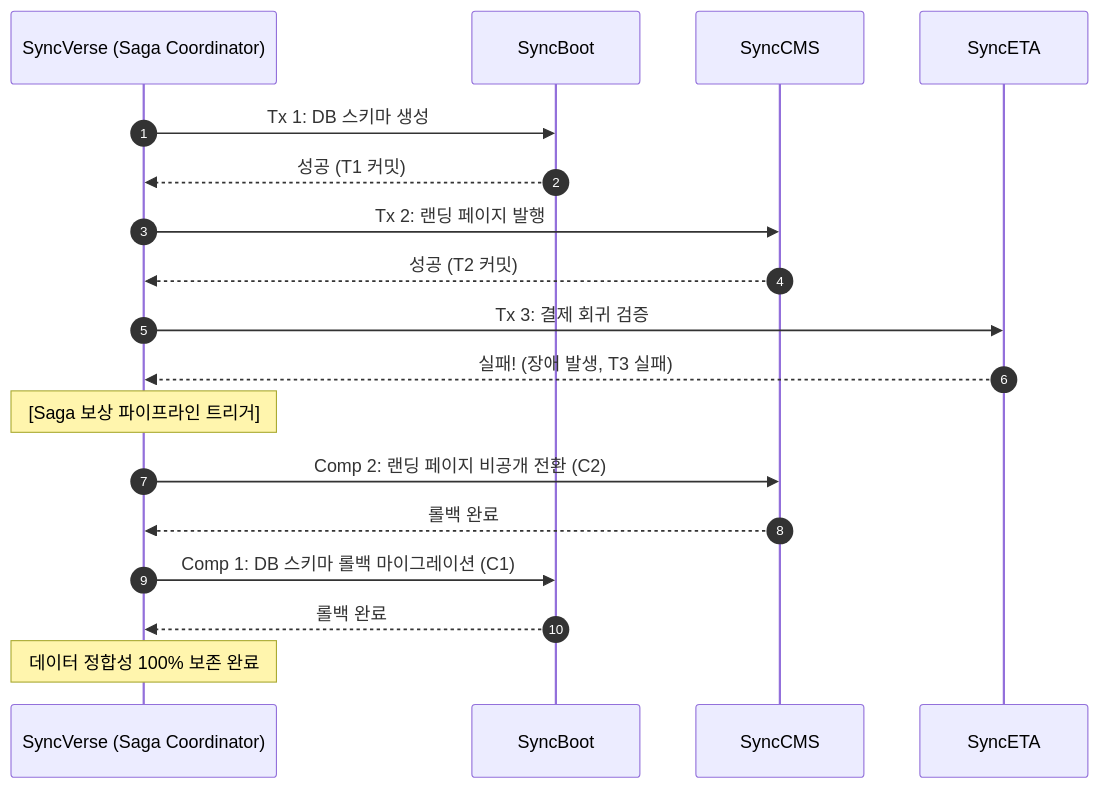
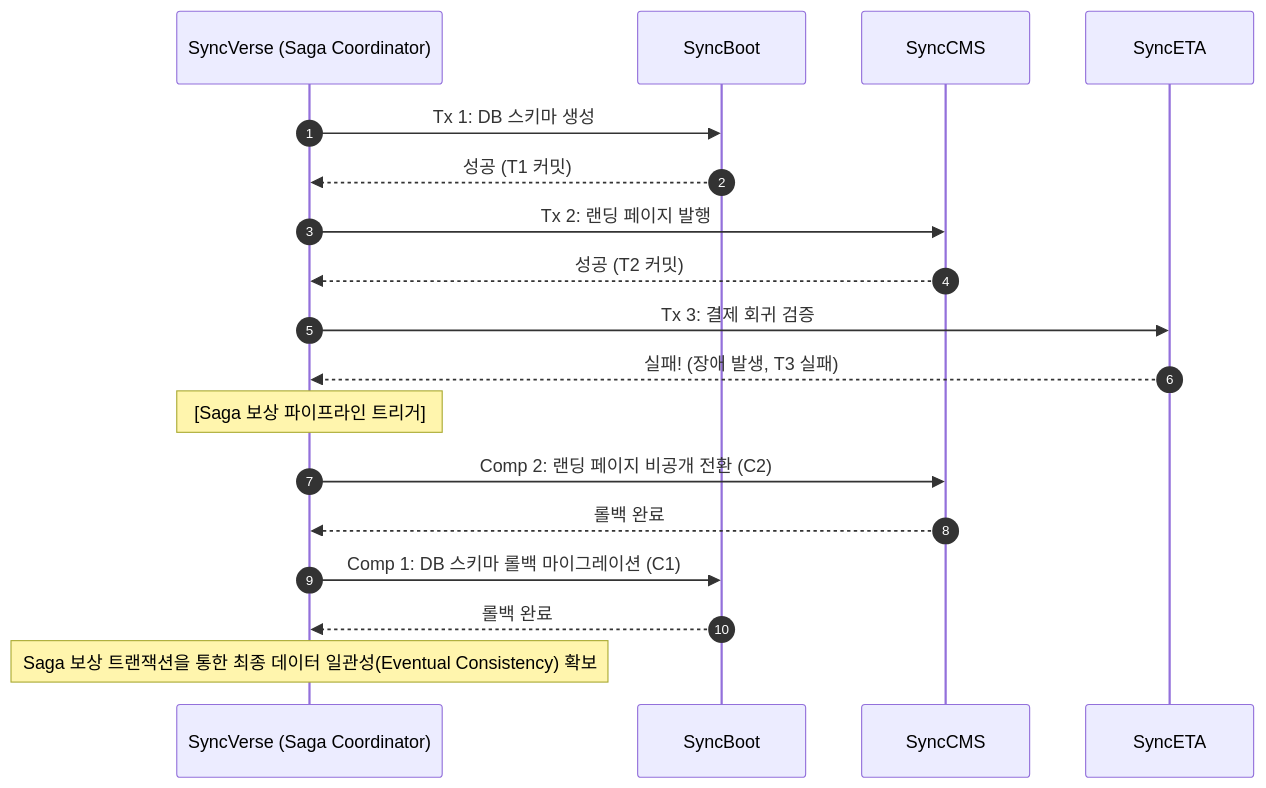
One commit to DramaticCollaboration/doc.github.io changed the second of 2 diagrams in ko/ecosystem/hitl-governance.md. Above: the diagram before and after it, drawn with Mermaid. The commit also changed other lines of this file and 45 other files, not shown here.

````diff
--- a/ko/ecosystem/hitl-governance.md
+++ b/ko/ecosystem/hitl-governance.md
@@ -46,26 +46,26 @@
 ```mermaid
 sequenceDiagram
     autonumber
     participant SV as SyncVerse (Saga Coordinator)
     participant SB as SyncBoot
     participant SCMS as SyncCMS
     participant SETA as SyncETA
 
     SV->>SB: Tx 1: DB 스키마 생성
     SB-->>SV: 성공 (T1 커밋)
     
     SV->>SCMS: Tx 2: 랜딩 페이지 발행
     SCMS-->>SV: 성공 (T2 커밋)
     
     SV->>SETA: Tx 3: 결제 회귀 검증
     SETA-->>SV: 실패! (장애 발생, T3 실패)
     
     Note over SV: [Saga 보상 파이프라인 트리거]
     SV->>SCMS: Comp 2: 랜딩 페이지 비공개 전환 (C2)
     SCMS-->>SV: 롤백 완료
     
     SV->>SB: Comp 1: DB 스키마 롤백 마이그레이션 (C1)
     SB-->>SV: 롤백 완료
     
-    Note over SV: 데이터 정합성 100% 보존 완료
+    Note over SV: Saga 보상 트랜잭션을 통한 최종 데이터 일관성(Eventual Consistency) 확보
 ```
````
